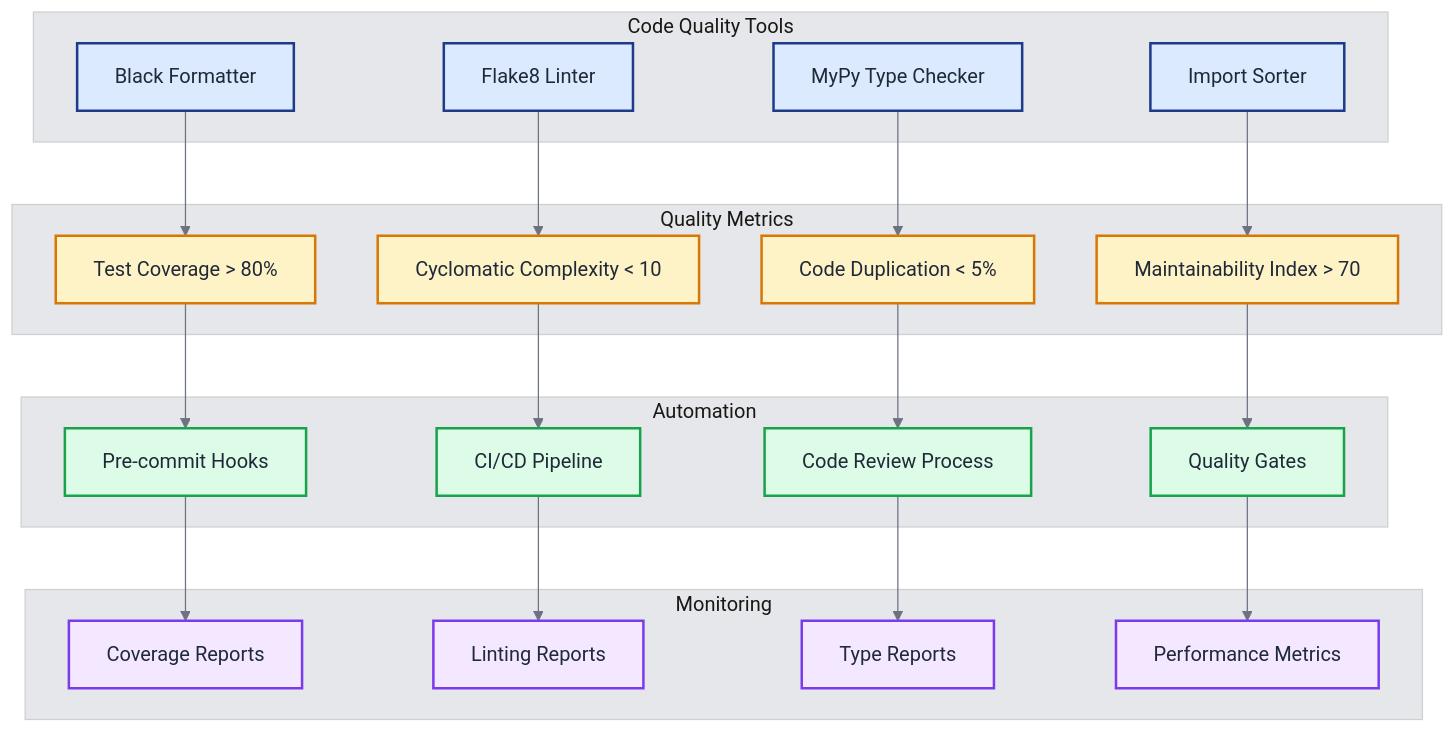
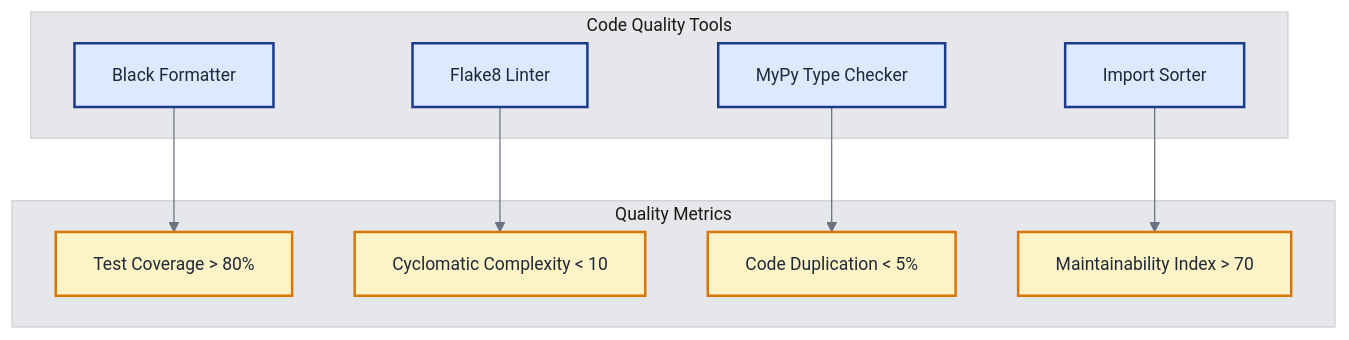
The third of 7 diagrams in docs/DEVELOPMENT.md (khaosans/basic-chat), drawn with Mermaid before and after one commit. The commit also changed other lines of this file and 3 other files, not shown here.

Commit message:
docs: Revise technical overview and update architecture diagrams - Simplify terminology and improve clarity in diagrams - Adjust font sizes and class definitions for better readability

````diff
--- a/docs/DEVELOPMENT.md
+++ b/docs/DEVELOPMENT.md
@@ -362,56 +316,28 @@
 ```mermaid
-%%{init: {'theme': 'base', 'themeVariables': { 'fontSize': '16px', 'fontFamily': 'Arial, sans-serif', 'primaryColor': '#1e3a8a', 'primaryTextColor': '#1f2937', 'primaryBorderColor': '#374151', 'lineColor': '#6b7280', 'secondaryColor': '#f3f4f6', 'tertiaryColor': '#e5e7eb', 'edgeLabelBackground': '#f9fafb'}}}%%
+%%{init: {'theme': 'base', 'themeVariables': { 'fontSize': '14px', 'fontFamily': 'Arial, sans-serif', 'primaryColor': '#1e3a8a', 'primaryTextColor': '#1f2937', 'primaryBorderColor': '#374151', 'lineColor': '#6b7280', 'secondaryColor': '#f3f4f6', 'tertiaryColor': '#e5e7eb'}}}%%
 graph TB
     subgraph "Code Quality Tools"
         BLACK[Black Formatter]
         FLAKE8[Flake8 Linter]
         MYPY[MyPy Type Checker]
         ISORT[Import Sorter]
     end
     
     subgraph "Quality Metrics"
         COVERAGE[Test Coverage > 80%]
         COMPLEXITY[Cyclomatic Complexity < 10]
         DUPLICATION[Code Duplication < 5%]
         MAINTAINABILITY[Maintainability Index > 70]
     end
     
-    subgraph "Automation"
-        PRE_COMMIT[Pre-commit Hooks]
-        CI_CD[CI/CD Pipeline]
-        CODE_REVIEW[Code Review Process]
-        QUALITY_GATES[Quality Gates]
-    end
-    
-    subgraph "Monitoring"
-        COVERAGE_REPORTS[Coverage Reports]
-        LINTING_REPORTS[Linting Reports]
-        TYPE_REPORTS[Type Reports]
-        PERFORMANCE_METRICS[Performance Metrics]
-    end
-    
     BLACK --> COVERAGE
     FLAKE8 --> COMPLEXITY
     MYPY --> DUPLICATION
     ISORT --> MAINTAINABILITY
     
-    COVERAGE --> PRE_COMMIT
-    COMPLEXITY --> CI_CD
-    DUPLICATION --> CODE_REVIEW
-    MAINTAINABILITY --> QUALITY_GATES
-    
-    PRE_COMMIT --> COVERAGE_REPORTS
-    CI_CD --> LINTING_REPORTS
-    CODE_REVIEW --> TYPE_REPORTS
-    QUALITY_GATES --> PERFORMANCE_METRICS
-    
     classDef tools fill:#dbeafe,stroke:#1e3a8a,stroke-width:2px,color:#1f2937
     classDef metrics fill:#fef3c7,stroke:#d97706,stroke-width:2px,color:#1f2937
-    classDef automation fill:#dcfce7,stroke:#16a34a,stroke-width:2px,color:#1f2937
-    classDef monitoring fill:#f3e8ff,stroke:#7c3aed,stroke-width:2px,color:#1f2937
     
     class BLACK,FLAKE8,MYPY,ISORT tools
     class COVERAGE,COMPLEXITY,DUPLICATION,MAINTAINABILITY metrics
-    class PRE_COMMIT,CI_CD,CODE_REVIEW,QUALITY_GATES automation
-    class COVERAGE_REPORTS,LINTING_REPORTS,TYPE_REPORTS,PERFORMANCE_METRICS monitoring
 ```
````
